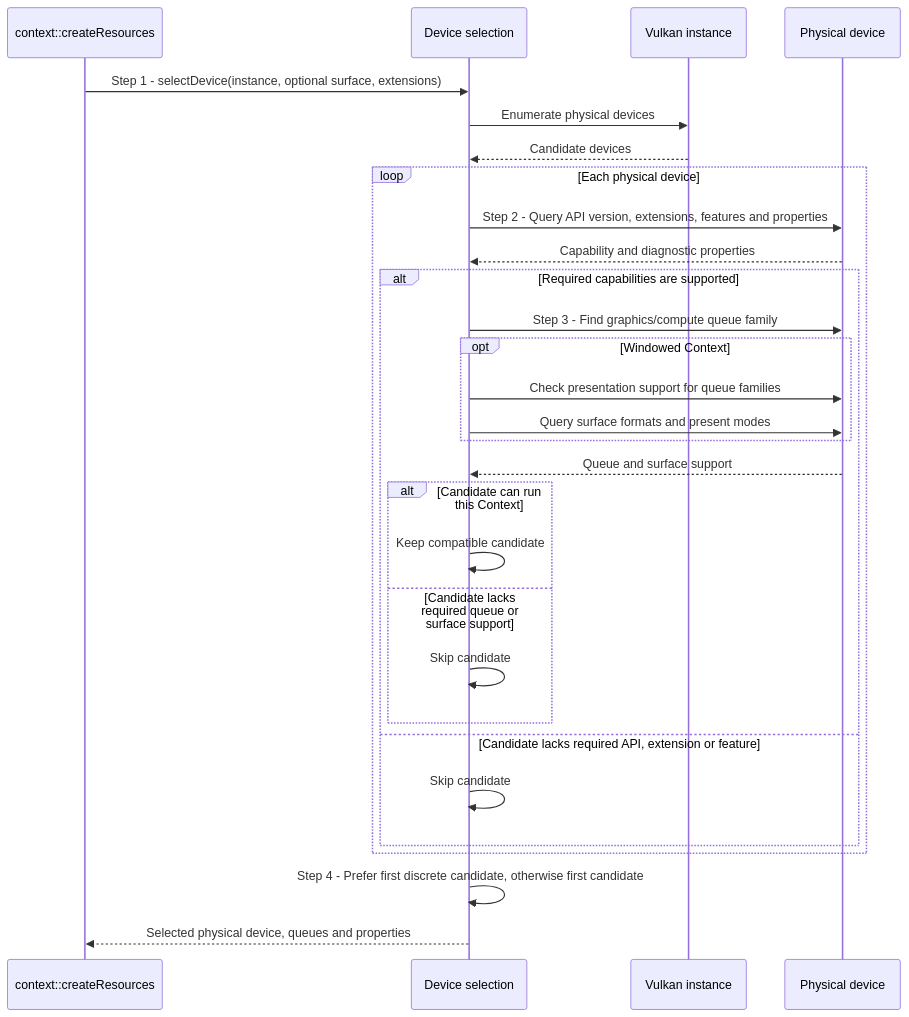
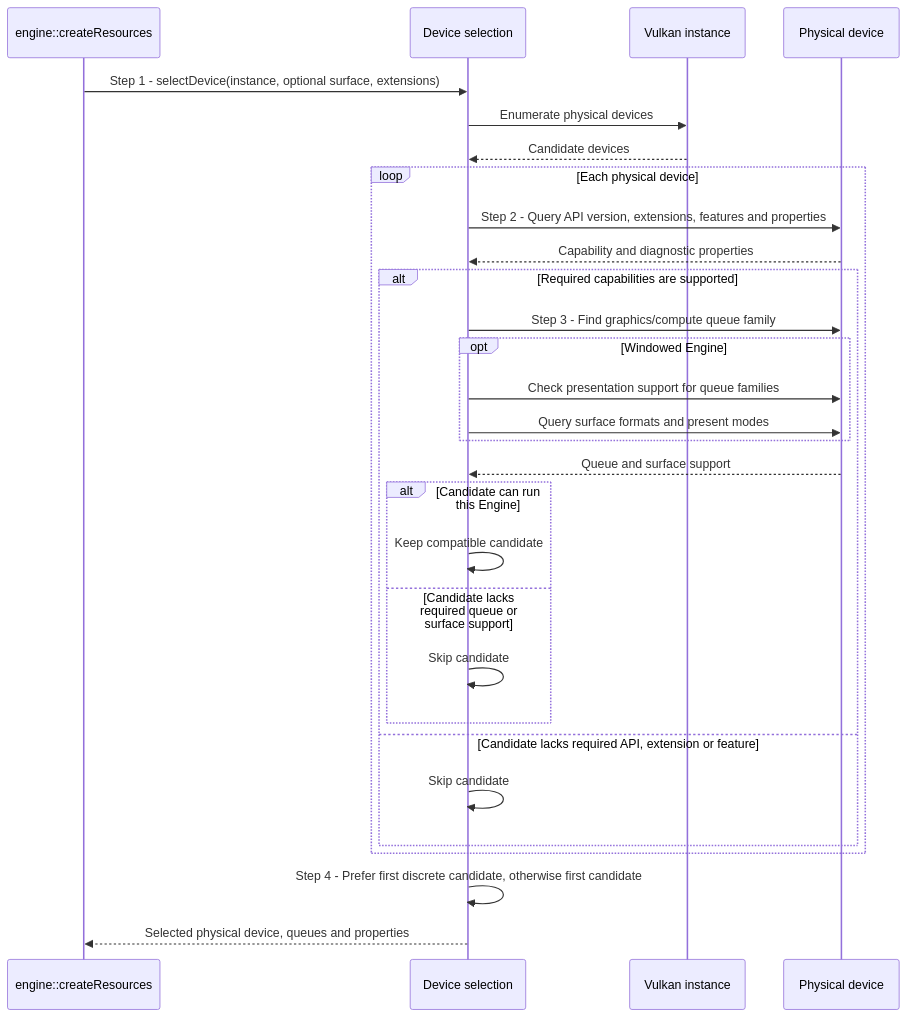
One commit to a-soltysik/Panda changed the diagram in docs/use-cases/select-vulkan-device.md. Above: the diagram before and after it, drawn with Mermaid. The commit also changed other lines of this file and 158 other files, not shown here.

Commit message:
Refactor Vulkan Context API to Engine (#120)

````diff
--- a/docs/use-cases/select-vulkan-device.md
+++ b/docs/use-cases/select-vulkan-device.md
@@ -52,31 +52,31 @@
 ```mermaid
 sequenceDiagram
-    participant C as context::createResources
+    participant C as engine::createResources
     participant S as Device selection
     participant I as Vulkan instance
     participant D as Physical device
     C->>S: Step 1 - selectDevice(instance, optional surface, extensions)
     S->>I: Enumerate physical devices
     I-->>S: Candidate devices
     loop Each physical device
         S->>D: Step 2 - Query API version, extensions, features and properties
         D-->>S: Capability and diagnostic properties
         alt Required capabilities are supported
             S->>D: Step 3 - Find graphics/compute queue family
-            opt Windowed Context
+            opt Windowed Engine
                 S->>D: Check presentation support for queue families
                 S->>D: Query surface formats and present modes
             end
             D-->>S: Queue and surface support
-            alt Candidate can run this Context
+            alt Candidate can run this Engine
                 S->>S: Keep compatible candidate
             else Candidate lacks required queue or surface support
                 S->>S: Skip candidate
             end
         else Candidate lacks required API, extension or feature
             S->>S: Skip candidate
         end
     end
     S->>S: Step 4 - Prefer first discrete candidate, otherwise first candidate
     S-->>C: Selected physical device, queues and properties
 ```
````
